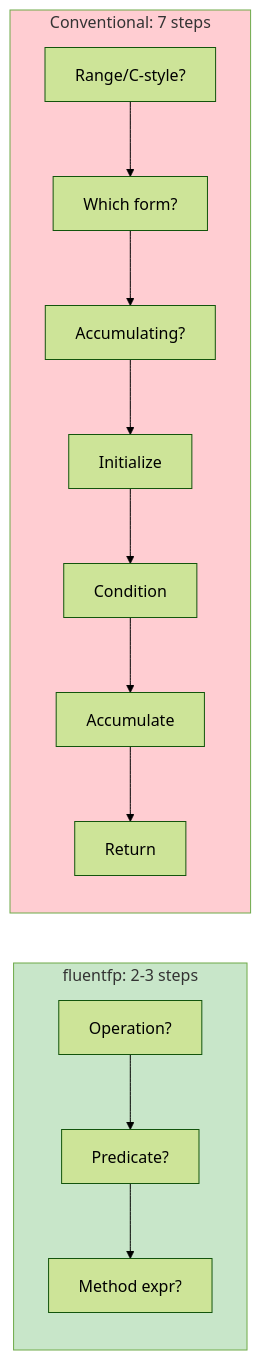
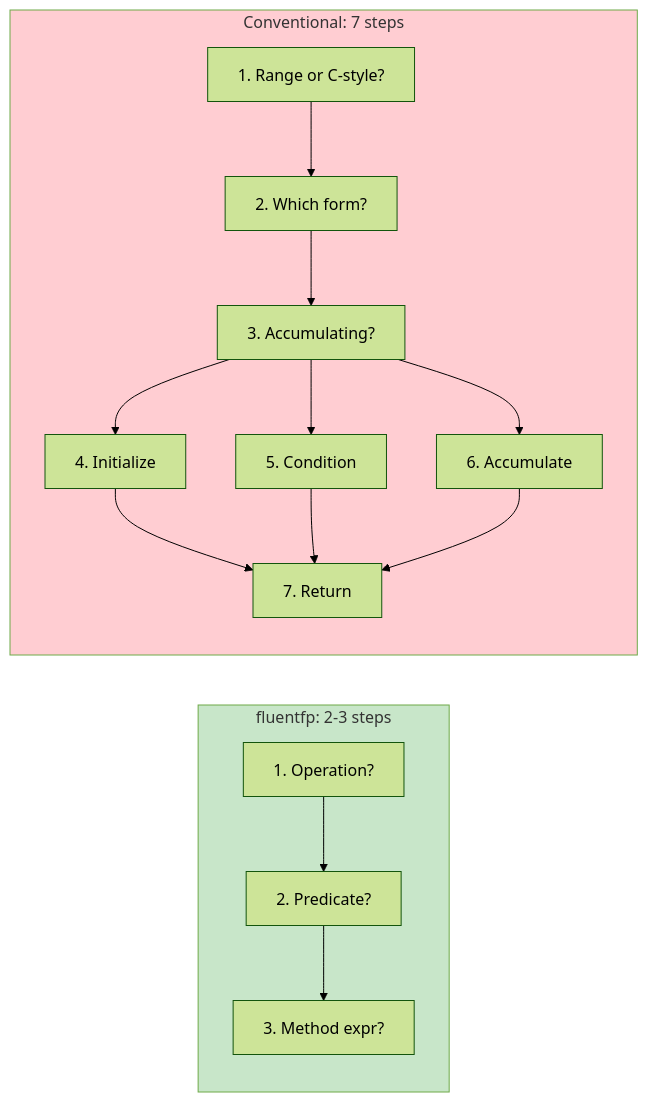
The third of 4 diagrams in analysis.md (binaryphile/fluentfp), drawn with Mermaid (forest theme) before and after one commit.

Commit message:
Improve Mental Load diagram labels and structure
- Added step numbers to match enumeration
- Full labels match text (Range or C-style? not Range/C-style?)
- Steps 4,5,6 branch from step 3 (determined by accumulation choice)
- All converge to step 7 (Return)

🤖 Generated with [Claude Code](https://claude.com/claude-code)

````diff
--- a/analysis.md
+++ b/analysis.md
@@ -62,15 +62,20 @@
 ```mermaid
 flowchart LR
     subgraph fluentfp["fluentfp: 2-3 steps"]
-        F1["Operation?"] --> F2["Predicate?"]
-        F2 --> F3["Method expr?"]
+        F1["1. Operation?"] --> F2["2. Predicate?"]
+        F2 --> F3["3. Method expr?"]
     end
 
     subgraph Conventional["Conventional: 7 steps"]
-        C1["Range/C-style?"] --> C2["Which form?"] --> C3["Accumulating?"] --> C4["Initialize"]
-        C4 --> C5["Condition"] --> C6["Accumulate"] --> C7["Return"]
+        C1["1. Range or C-style?"] --> C2["2. Which form?"] --> C3["3. Accumulating?"]
+        C3 --> C4["4. Initialize"]
+        C3 --> C5["5. Condition"]
+        C3 --> C6["6. Accumulate"]
+        C4 --> C7["7. Return"]
+        C5 --> C7
+        C6 --> C7
     end
 
     style fluentfp fill:#c8e6c9
     style Conventional fill:#ffcdd2
 ```
````
